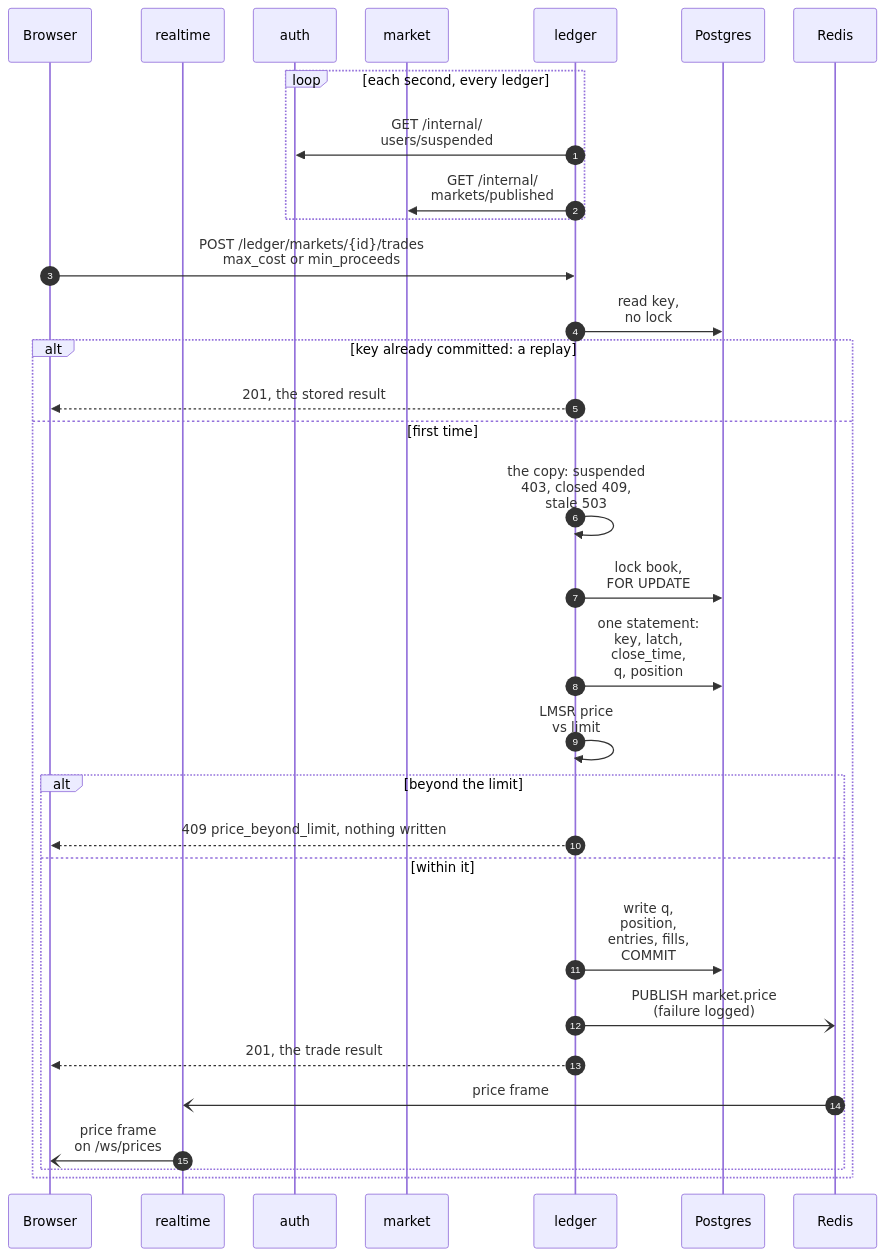
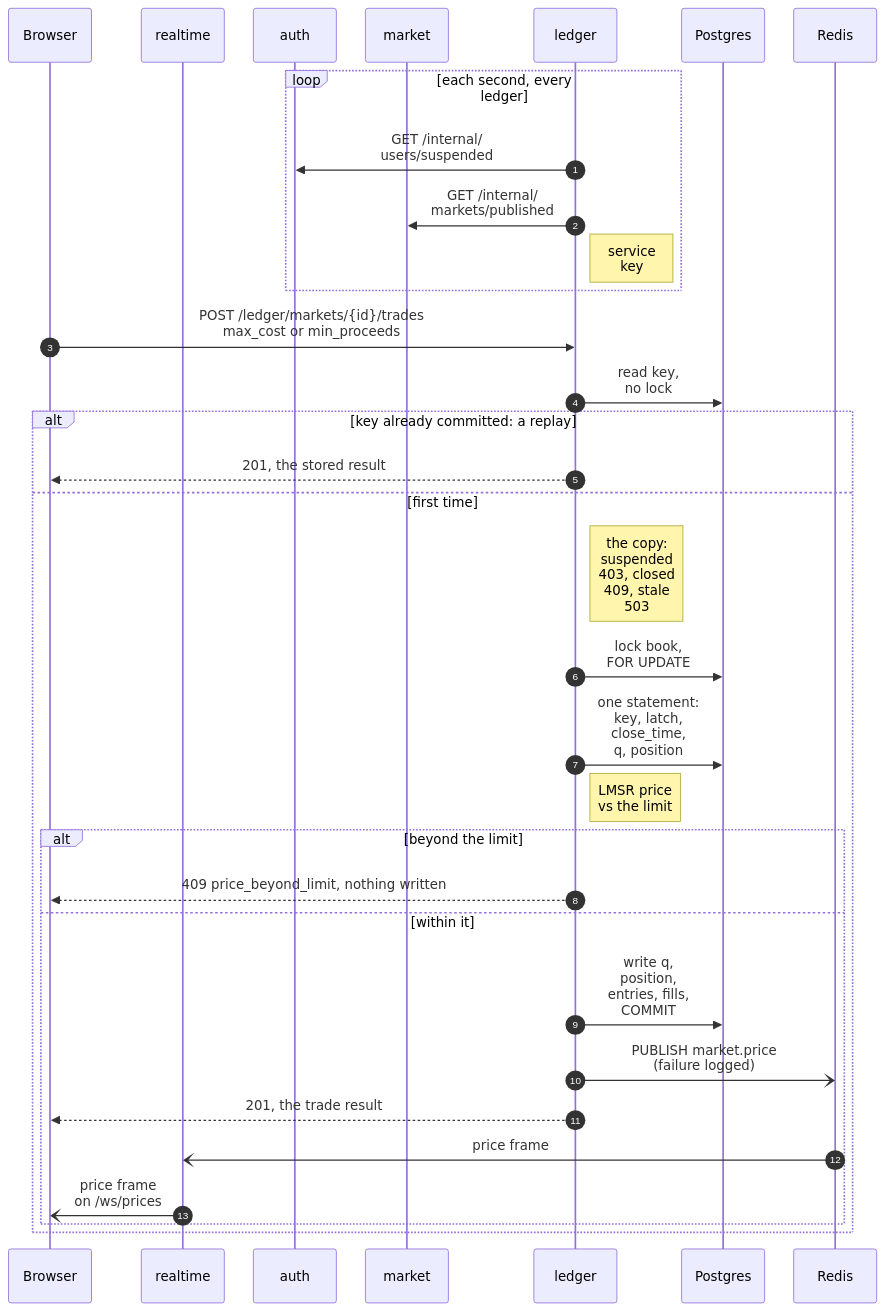
The diagram in docs/diagrams/06-trade-sequence.mmd (decker757/CS464), drawn with Mermaid before and after one commit.

Commit message:
docs(diagrams): 06's in-memory steps are notes, so no step number covers a label
The copy check and the price-against-limit step were self-arrows, whose
step circles covered "stale 503" and "vs limit". As notes right of the
ledger they take no number, and a service-key note widens the refresh
loop's box so its edge no longer runs through steps 1 and 2. The header
now names the two exceptions left out: a market missing from the copy
makes the trade fetch /internal/markets/published itself or answer 404
(local_copy.ensure_trading), and a key found again under the lock is
answered as a replay (trading.py step 6).

```diff
--- a/docs/diagrams/06-trade-sequence.mmd
+++ b/docs/diagrams/06-trade-sequence.mmd
@@ -1,57 +1,62 @@
 %% 06 — A trade, end to end
 %% Drawn from: ADR 0009, ADR 0010, ADR 0015, ADR 0017 and ADR 0022 (both as
 %%   amended by ADR 0030), ADR 0024, ADR 0029, ADR 0030, D-049,
 %%   DECISIONS.md "One price frame per commit, at the final state_version",
 %%   backend/ledger_service/service/trading.py (execute, read_trade_context),
 %%   backend/ledger_service/service/local_copy.py (refuse_if_suspended,
 %%   ensure_trading, fetch_suspended, fetch_published_markets),
 %%   backend/ledger_service/main.py (_start_copy_refreshers),
 %%   backend/ledger_service/core/config.py (local_copy_refresh_seconds 1.0,
 %%   local_copy_max_age_seconds 5.0),
 %%   backend/ledger_service/core/pricing.py (trade_cost_of, refuse_if_beyond_limit),
 %%   backend/ledger_service/core/errors.py (AccountSuspended, MarketClosed,
 %%   AuthUnavailable, MarketTermsUnavailable, PriceBeyondLimit),
 %%   backend/ledger_service/model/schemas.py (TradeIn: max_cost, min_proceeds),
 %%   backend/ledger_service/controller/routes.py (POST /markets/{id}/trades, 201),
 %%   backend/ledger_service/service/bus.py, backend/realtime_service/service/bus.py
 %% Filled arrowheads: synchronous calls. Open arrowheads (-)): async pub/sub.
 %% "stale" is a copy older than local_copy_max_age_seconds, five seconds:
 %% 503 auth_unavailable or market_terms_unavailable. Closed is 409 market_closed.
-%% Left out to keep one path: a body with no limit is decided by state_version
-%% (409 quote_stale), a book's first trade opens and funds it and a trader's first
-%% read mints the grant, both before the lock, and the latch and close_time
-%% refusals that the context statement decides (409 market_closed).
+%% Left out to keep one path: a market missing from the copy (published under a
+%% second ago) makes the trade fetch /internal/markets/published itself, or answer
+%% 404 (local_copy.ensure_trading); a key found again under the lock is answered
+%% as a replay (trading.py step 6); a body with no limit is decided by
+%% state_version (409 quote_stale); a book's first touch opens and funds it and a
+%% trader's first read mints the grant, both before the lock; and the latch and
+%% close_time refusals that the context statement decides (409 market_closed).
+%% The two in-memory steps are notes, so they take no step number.
 %%{init: {"sequence": {"width": 100, "actorMargin": 35}, "themeCSS": ".actor-line { stroke: #C3CBD5 !important; stroke-dasharray: 3 3; }"}}%%
 sequenceDiagram
     autonumber
     participant B as Browser
     participant RT as realtime
     participant A as auth
     participant M as market
     participant L as ledger
     participant DB as Postgres
     participant R as Redis
 
     loop each second, every ledger
         L->>A: GET /internal/<br/>users/suspended
         L->>M: GET /internal/<br/>markets/published
+        Note right of L: service<br/>key
     end
     B->>L: POST /ledger/markets/{id}/trades<br/>max_cost or min_proceeds
     L->>DB: read key,<br/>no lock
     alt key already committed: a replay
         L-->>B: 201, the stored result
     else first time
-        L->>L: the copy: suspended<br/>403, closed 409,<br/>stale 503
+        Note right of L: the copy:<br/>suspended<br/>403, closed<br/>409, stale<br/>503
         L->>DB: lock book,<br/>FOR UPDATE
         L->>DB: one statement:<br/>key, latch,<br/>close_time,<br/>q, position
-        L->>L: LMSR price<br/>vs limit
+        Note right of L: LMSR price<br/>vs the limit
         alt beyond the limit
             L-->>B: 409 price_beyond_limit, nothing written
         else within it
             L->>DB: write q,<br/>position,<br/>entries, fills,<br/>COMMIT
             L-)R: PUBLISH market.price<br/>(failure logged)
             L-->>B: 201, the trade result
             R-)RT: price frame
             RT-)B: price frame<br/>on /ws/prices
         end
     end
```
